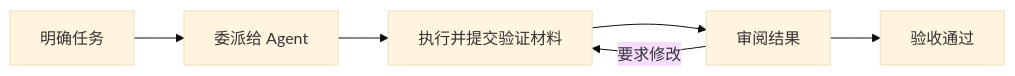
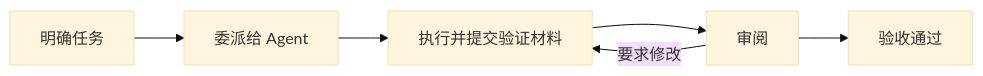
One commit to OthinusG/warp-lite changed the diagram in README.zh-CN.md. Above: the diagram before and after it, drawn with Mermaid (base theme). The commit also changed other lines of this file and 11 other files, not shown here.

````diff
--- a/README.zh-CN.md
+++ b/README.zh-CN.md
@@ -66,8 +58,8 @@
 ```mermaid
 flowchart LR
     A[明确任务] --> B[委派给 Agent]
     B --> C[执行并提交验证材料]
-    C --> D[审阅结果]
+    C --> D[审阅]
     D --> E[验收通过]
     D -->|要求修改| C
 ```
````
